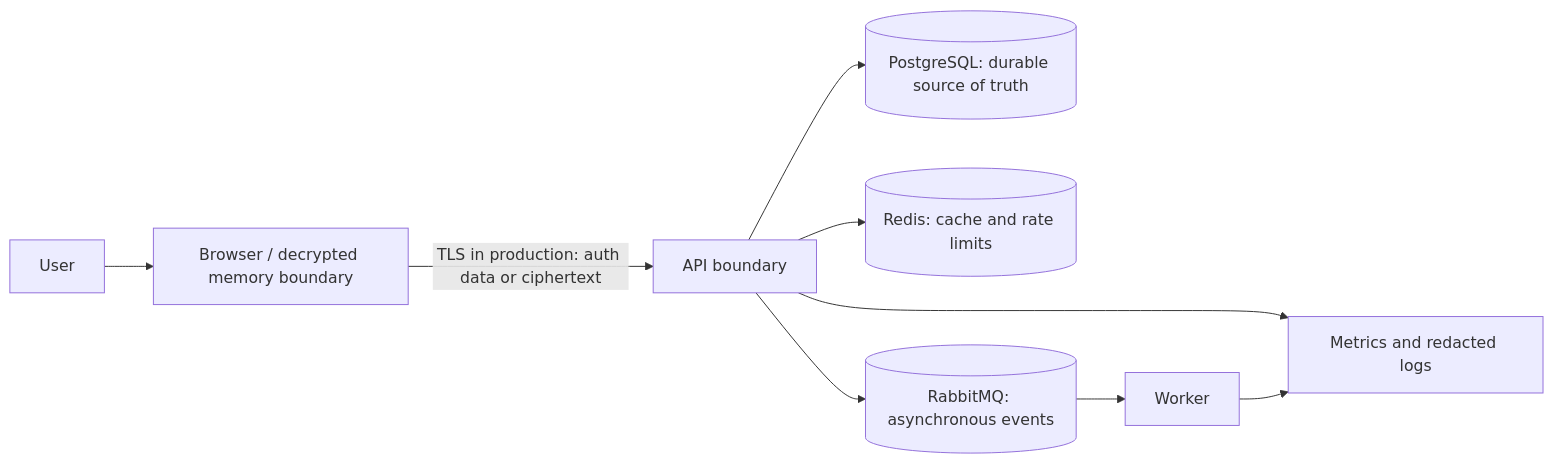
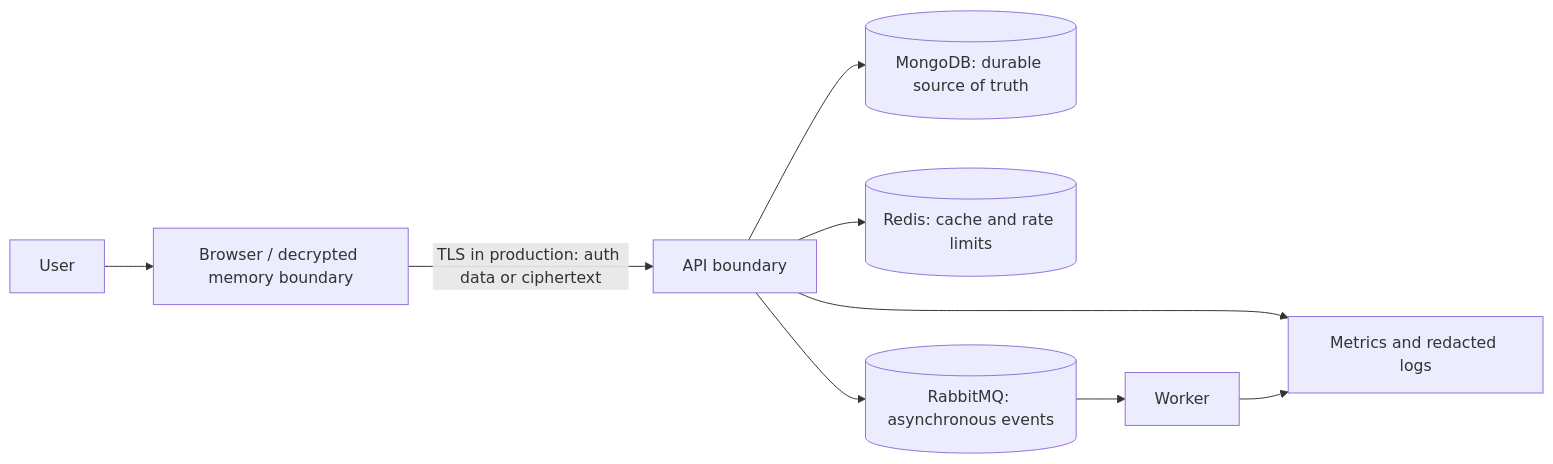
One commit to sujithgnth/keynest changed the diagram in docs/threat-model.md. Above: the diagram before and after it, drawn with Mermaid. The commit also changed other lines of this file and 147 other files, not shown here.

````diff
--- a/docs/threat-model.md
+++ b/docs/threat-model.md
@@ -24,11 +24,11 @@
 ```mermaid
 flowchart LR
   U["User"] --> B["Browser / decrypted memory boundary"]
   B -->|"TLS in production: auth data or ciphertext"| A["API boundary"]
-  A --> P[("PostgreSQL: durable source of truth")]
+  A --> P[("MongoDB: durable source of truth")]
   A --> R[("Redis: cache and rate limits")]
   A --> Q[("RabbitMQ: asynchronous events")]
   Q --> W["Worker"]
   A --> O["Metrics and redacted logs"]
   W --> O
 ```
````
